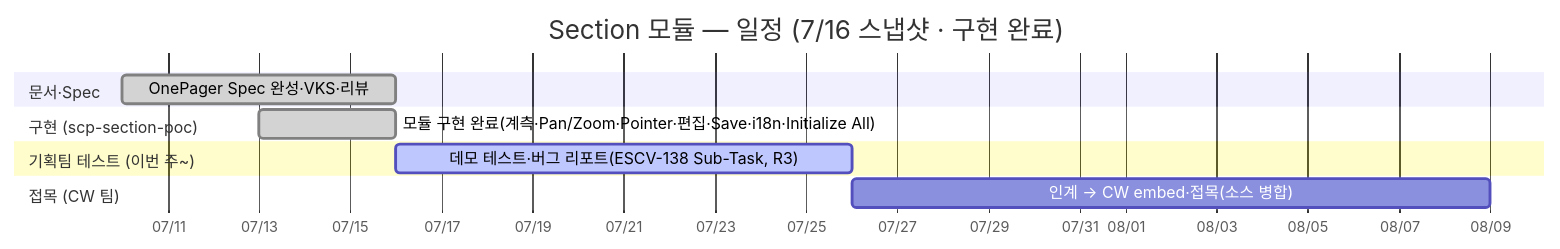
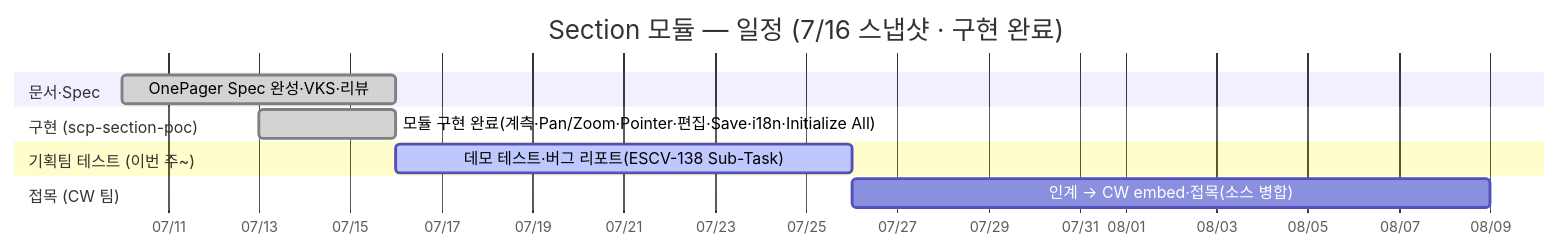
The second of 2 diagrams in docs/SCP Cloud Server 연구/뷰어 관련 연구/WebSectionView/주간회의-Agenda.md (gracegyu/scp-architecture), drawn with Mermaid before and after one commit. The commit also changed other lines of this file, not shown here.

Commit message:
문서 업데이트: Cloud Web Viewer v1.3.2의 Section 모듈 주간회의 아젠다에서 논의 사항을 정리하고, 폰트 설정 불일치 및 국제화(i18n) 정책에 대한 결정 사항을 명확히 하였습니다. 또한, 기획팀 테스트 및 버그 리포트 채널에 대한 진행 현황을 공유하여 향후 개발 방향을 구체화하였습니다.

````diff
--- a/docs/SCP Cloud Server 연구/뷰어 관련 연구/WebSectionView/주간회의-Agenda.md
+++ b/docs/SCP Cloud Server 연구/뷰어 관련 연구/WebSectionView/주간회의-Agenda.md
@@ -272,19 +251,19 @@
     ```mermaid
     gantt
         title Section 모듈 — 일정 (7/16 스냅샷 · 구현 완료)
         dateFormat YYYY-MM-DD
         axisFormat %m/%d
         todayMarker stroke-width:2px,stroke:#d33,opacity:0.5
 
         section 문서·Spec
         OnePager Spec 완성·VKS·리뷰       :done, spec, 2026-07-10, 6d
 
         section 구현 (scp-section-poc)
         모듈 구현 완료(계측·Pan/Zoom·Pointer·편집·Save·i18n·Initialize All)  :done, impl, 2026-07-13, 2026-07-16
 
         section 기획팀 테스트 (이번 주~)
-        데모 테스트·버그 리포트(ESCV-138 Sub-Task, R3)   :active, qa, 2026-07-16, 10d
+        데모 테스트·버그 리포트(ESCV-138 Sub-Task)   :active, qa, 2026-07-16, 10d
 
         section 접목 (CW 팀)
         인계 → CW embed·접목(소스 병합)      :integ, after qa, 14d
     ```
````
